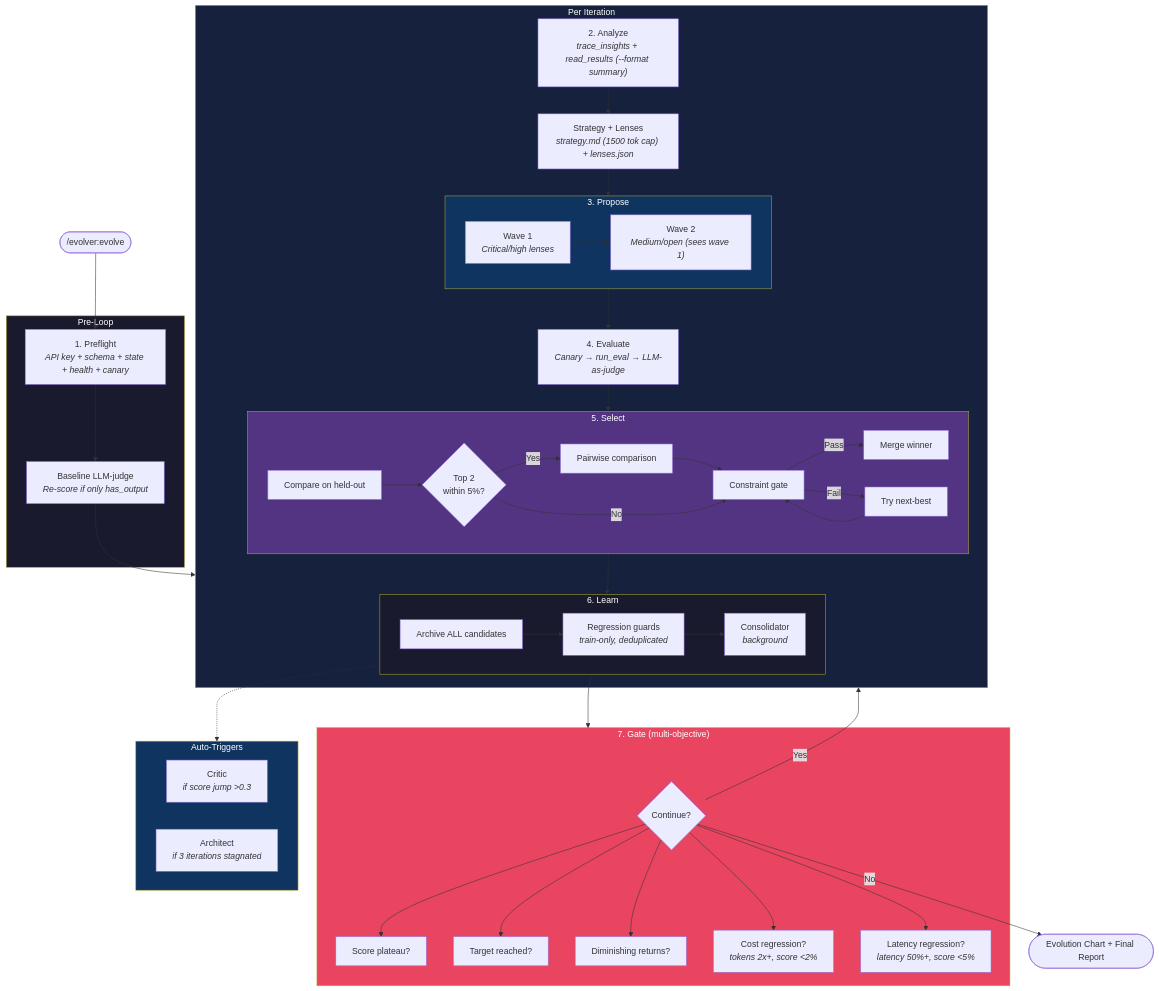
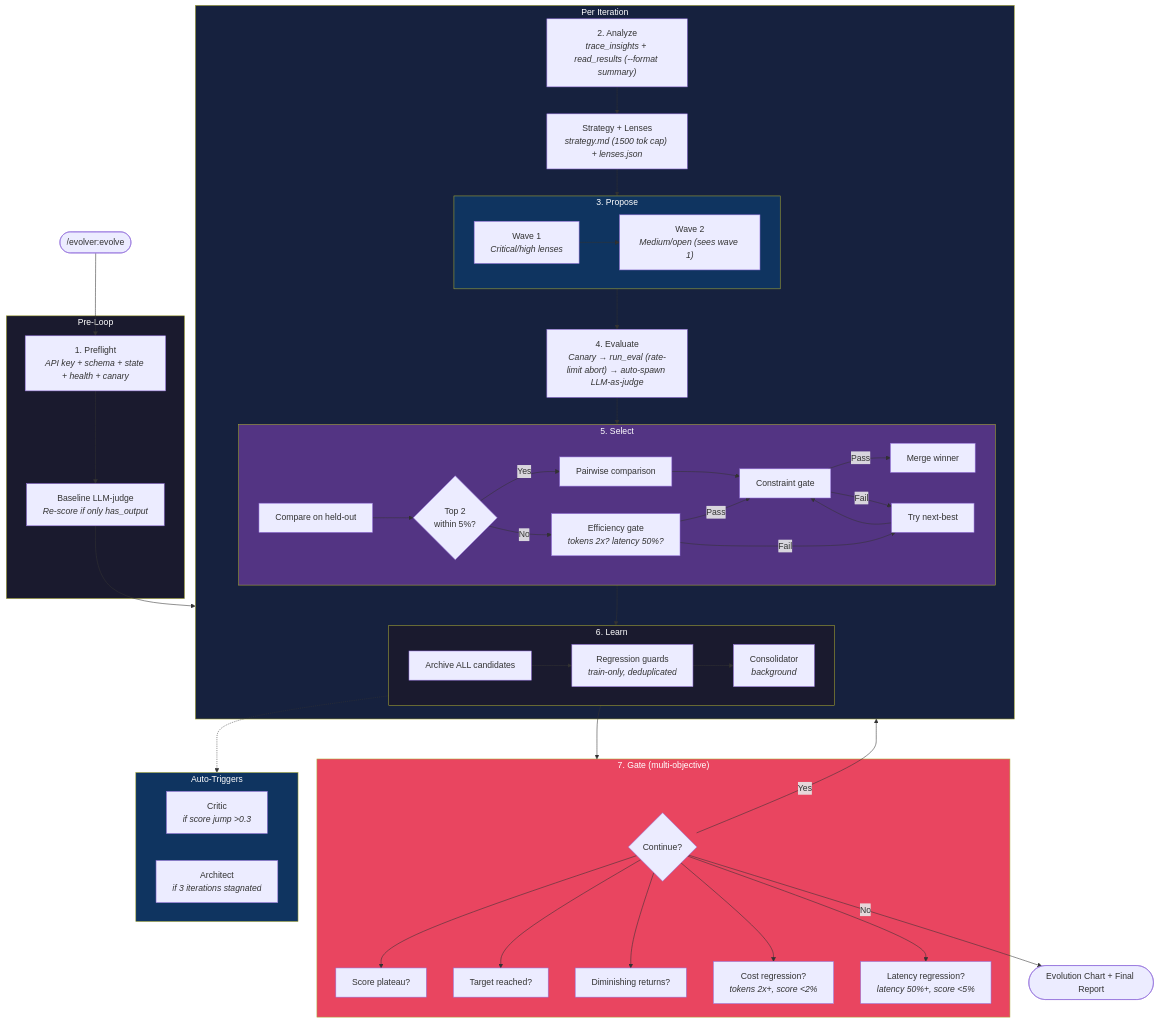
The second of 4 diagrams in docs/ARCHITECTURE.md (raphaelchristi/harness-evolver), drawn with Mermaid before and after one commit. The commit also changed 3 other files, not shown here.

First line of the commit message:
docs: update CHANGELOG (v5.2.1-v5.3.2), README, FEATURES, ARCHITECTURE

````diff
--- a/docs/ARCHITECTURE.md
+++ b/docs/ARCHITECTURE.md
@@ -59,79 +59,82 @@
 ```mermaid
 flowchart TD
     Start(["/evolver:evolve"]) --> Preflight
 
     subgraph Pre["Pre-Loop"]
         Preflight["1. Preflight<br/><i>API key + schema + state + health + canary</i>"]
         Baseline["Baseline LLM-judge<br/><i>Re-score if only has_output</i>"]
         Preflight --> Baseline
     end
 
     Baseline --> Loop
 
     subgraph Loop["Per Iteration"]
         Analyze["2. Analyze<br/><i>trace_insights + read_results (--format summary)</i>"]
         Strategy["Strategy + Lenses<br/><i>strategy.md (1500 tok cap) + lenses.json</i>"]
         
         subgraph Propose["3. Propose"]
             Wave1["Wave 1<br/><i>Critical/high lenses</i>"]
             Wave2["Wave 2<br/><i>Medium/open (sees wave 1)</i>"]
             Wave1 --> Wave2
         end
         
-        Eval["4. Evaluate<br/><i>Canary → run_eval → LLM-as-judge</i>"]
+        Eval["4. Evaluate<br/><i>Canary → run_eval (rate-limit abort) → auto-spawn LLM-as-judge</i>"]
         
         subgraph Select["5. Select"]
             Compare["Compare on held-out"]
             Pairwise{"Top 2<br/>within 5%?"}
             PW["Pairwise comparison"]
             Constraint["Constraint gate"]
             Merge["Merge winner"]
             Compare --> Pairwise
             Pairwise -->|Yes| PW --> Constraint
-            Pairwise -->|No| Constraint
+            Pairwise -->|No| Efficiency
+            Efficiency["Efficiency gate<br/><i>tokens 2x? latency 50%?</i>"]
+            Efficiency -->|Pass| Constraint
+            Efficiency -->|Fail| NextBest
             Constraint -->|Pass| Merge
             Constraint -->|Fail| NextBest["Try next-best"]
             NextBest --> Constraint
         end
         
         subgraph PostIter["6. Learn"]
             Archive["Archive ALL candidates"]
             Regression["Regression guards<br/><i>train-only, deduplicated</i>"]
             Memory["Consolidator<br/><i>background</i>"]
             Archive --> Regression --> Memory
         end
 
         Analyze --> Strategy --> Propose --> Eval --> Select --> PostIter
     end
 
     subgraph Gate["7. Gate (multi-objective)"]
         Check{"Continue?"}
         Plateau["Score plateau?"]
         Target["Target reached?"]
         Diminish["Diminishing returns?"]
         Cost["Cost regression?<br/><i>tokens 2x+, score &lt;2%</i>"]
         Latency["Latency regression?<br/><i>latency 50%+, score &lt;5%</i>"]
         Check --> Plateau & Target & Diminish & Cost & Latency
     end
 
     PostIter --> Gate
     Check -->|Yes| Loop
     Check -->|No| Report
 
     subgraph Auto["Auto-Triggers"]
         CriticTrigger["Critic<br/><i>if score jump >0.3</i>"]
         ArchTrigger["Architect<br/><i>if 3 iterations stagnated</i>"]
     end
 
     PostIter -.-> Auto
 
     Report(["Evolution Chart + Final Report"])
     
     style Pre fill:#1a1a2e,color:#fff
     style Loop fill:#16213e,color:#fff
     style Propose fill:#0f3460,color:#fff
     style Select fill:#533483,color:#fff
     style PostIter fill:#1a1a2e,color:#fff
     style Gate fill:#e94560,color:#fff
     style Auto fill:#0f3460,color:#fff
 ```
````
